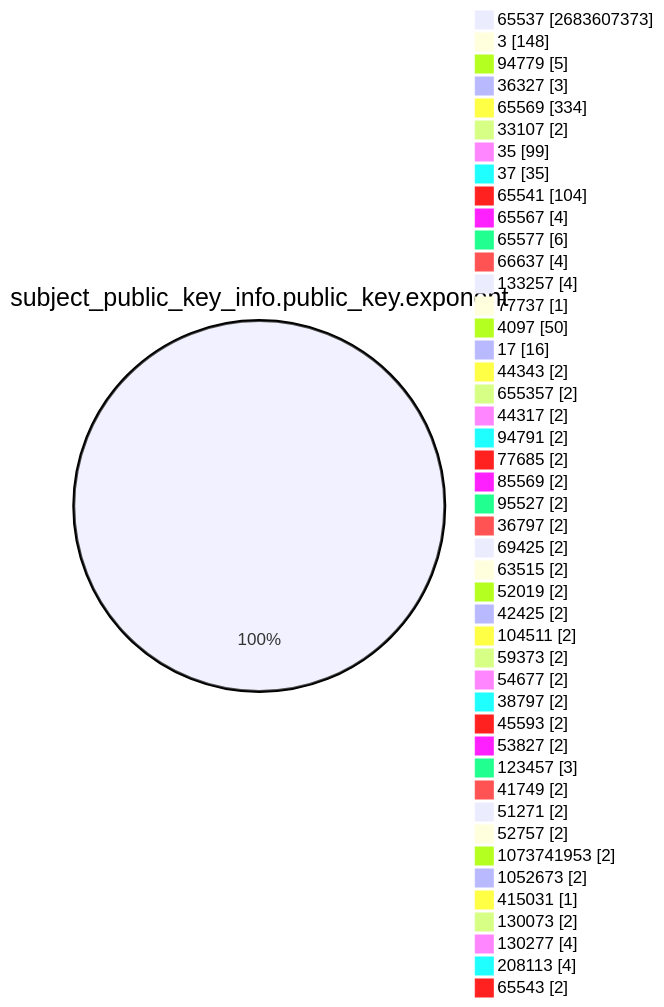
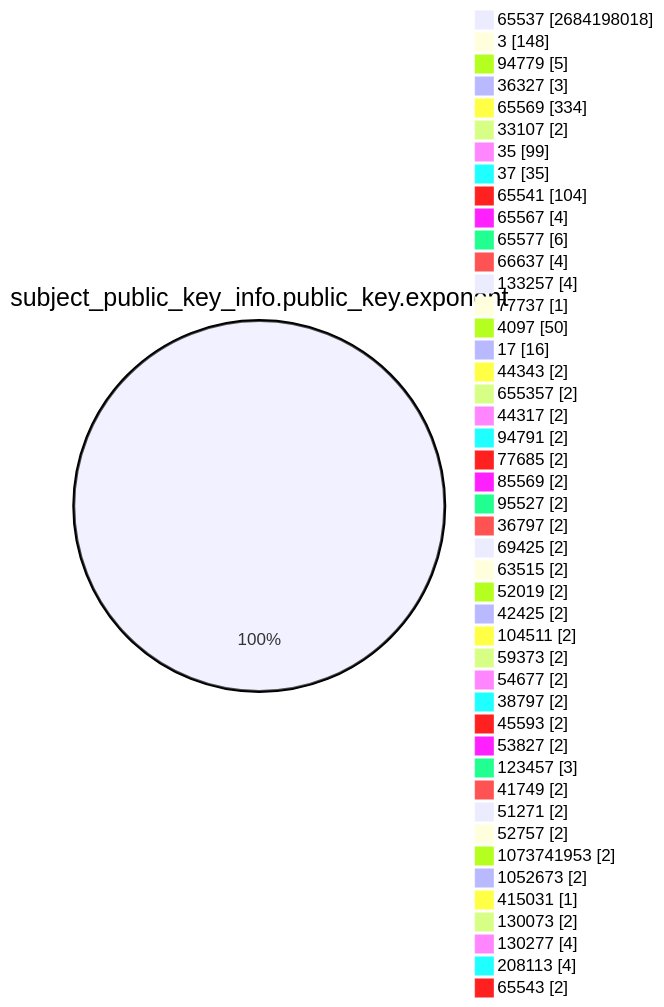
The fourth of 15 diagrams in TOTAL/README.md (christiankrug/ctmonitor_visualization), drawn with Mermaid before and after one commit. The commit also changed other lines of this file, not shown here.

````diff
--- a/TOTAL/README.md
+++ b/TOTAL/README.md
@@ -1467,49 +1467,49 @@
 ```mermaid
 pie showData
 title subject_public_key_info.public_key.exponent
-"65537" :2683607373
+"65537" :2684198018
 "3" :148
 "94779" :5
 "36327" :3
 "65569" :334
 "33107" :2
 "35" :99
 "37" :35
 "65541" :104
 "65567" :4
 "65577" :6
 "66637" :4
 "133257" :4
 "77737" :1
 "4097" :50
 "17" :16
 "44343" :2
 "655357" :2
 "44317" :2
 "94791" :2
 "77685" :2
 "85569" :2
 "95527" :2
 "36797" :2
 "69425" :2
 "63515" :2
 "52019" :2
 "42425" :2
 "104511" :2
 "59373" :2
 "54677" :2
 "38797" :2
 "45593" :2
 "53827" :2
 "123457" :3
 "41749" :2
 "51271" :2
 "52757" :2
 "1073741953" :2
 "1052673" :2
 "415031" :1
 "130073" :2
 "130277" :4
 "208113" :4
 "65543" :2
 ```
````
